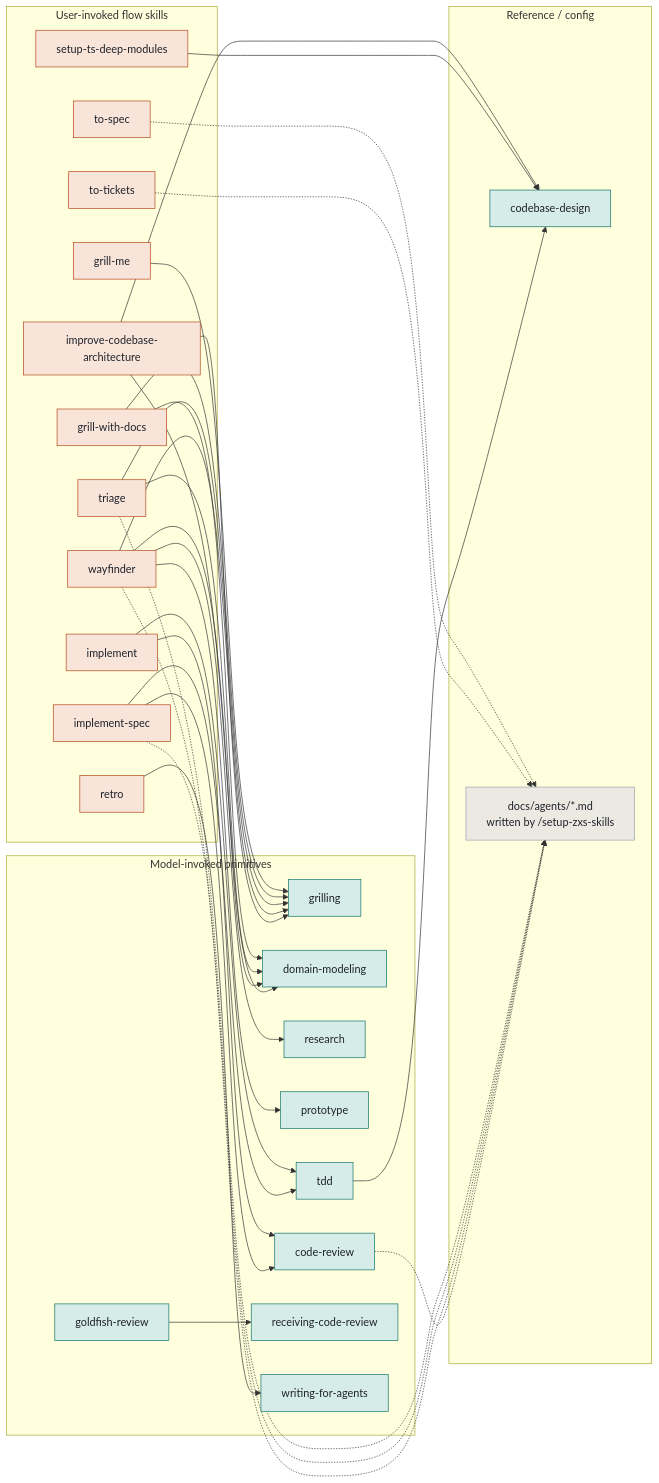
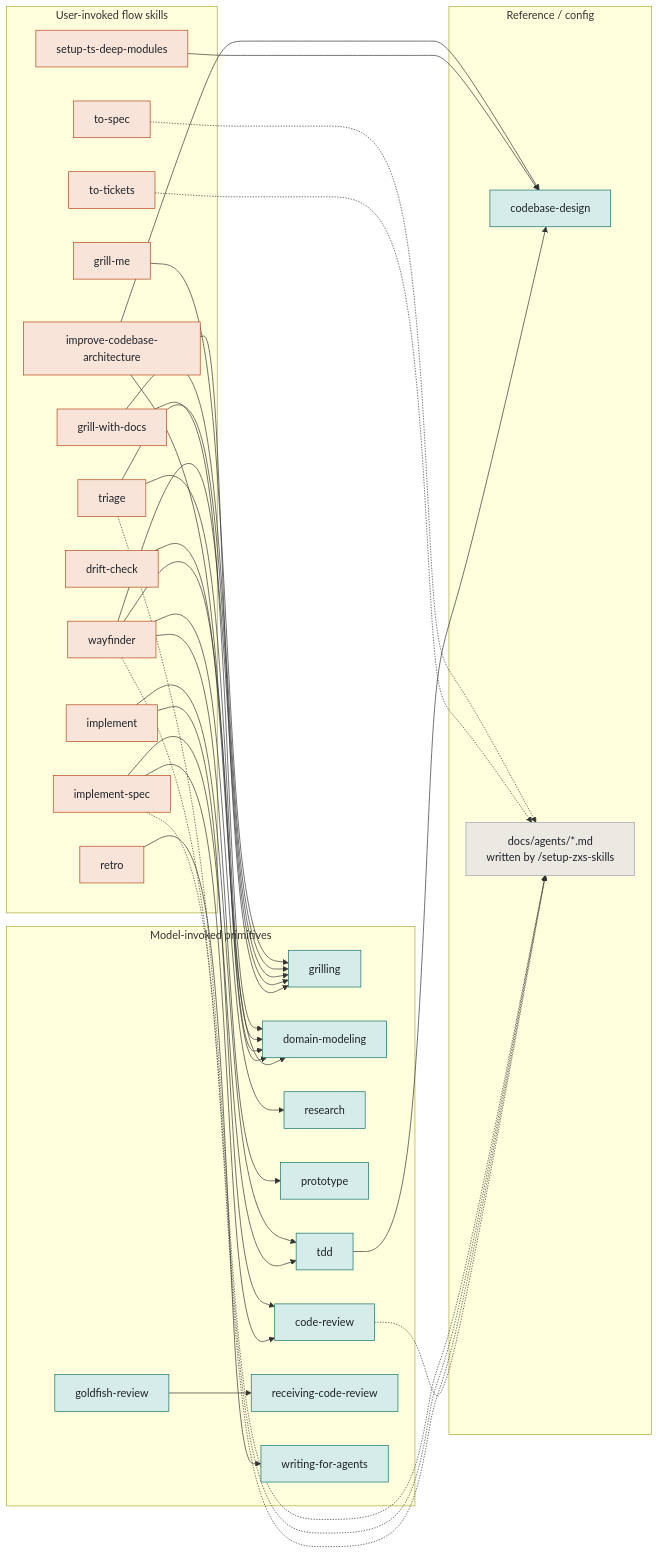
One commit to zxsong111/skills changed the third of 3 diagrams in SKILLS-MAP.md. Above: the diagram before and after it, drawn with Mermaid. The commit also changed other lines of this file and 9 other files, not shown here.

First line of the commit message:
add drift-check: goldfish code-fit review of the narrative docs

````diff
--- a/SKILLS-MAP.md
+++ b/SKILLS-MAP.md
@@ -199,53 +202,55 @@
 ```mermaid
 flowchart LR
   classDef user fill:#f8e4d8,stroke:#b4471a,color:#1e222a
   classDef model fill:#d6ece8,stroke:#0f7268,color:#1e222a
   classDef cfg fill:#ebe9e2,stroke:#9aa2ae,color:#1e222a
 
   subgraph wrappers["User-invoked flow skills"]
     gm["grill-me"]:::user
     gwd["grill-with-docs"]:::user
     tri["triage"]:::user
     way["wayfinder"]:::user
     imp["improve-codebase-architecture"]:::user
+    dc["drift-check"]:::user
     tsd["setup-ts-deep-modules"]:::user
     spec["to-spec"]:::user
     tk["to-tickets"]:::user
     impl["implement"]:::user
     is["implement-spec"]:::user
     retro["retro"]:::user
   end
   subgraph prims["Model-invoked primitives"]
     g["grilling"]:::model
     dm["domain-modeling"]:::model
     rs["research"]:::model
     pt["prototype"]:::model
     tdd["tdd"]:::model
     cr["code-review"]:::model
     gr["goldfish-review"]:::model
     rcr["receiving-code-review"]:::model
     wfa["writing-for-agents"]:::model
   end
   subgraph refs["Reference / config"]
     cd["codebase-design"]:::model
     docs["docs/agents/*.md<br/>written by /setup-zxs-skills"]:::cfg
   end
 
   gm --> g
   gwd --> g & dm
   tri --> g & dm
   way --> g & dm & rs & pt
   imp --> cd & g & dm
+  dc --> dm
   tsd --> cd
   impl --> tdd & cr
   is --> tdd & cr
   tdd --> cd
   gr --> rcr
   retro --> wfa
   spec -.-> docs
   tk -.-> docs
   tri -.-> docs
   way -.-> docs
   is -.-> docs
   cr -.-> docs
 ```
````
